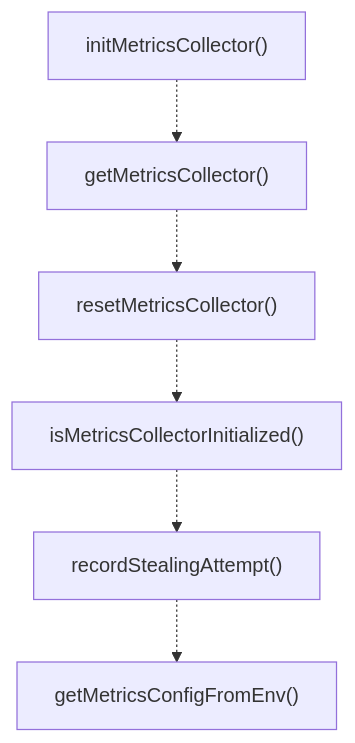
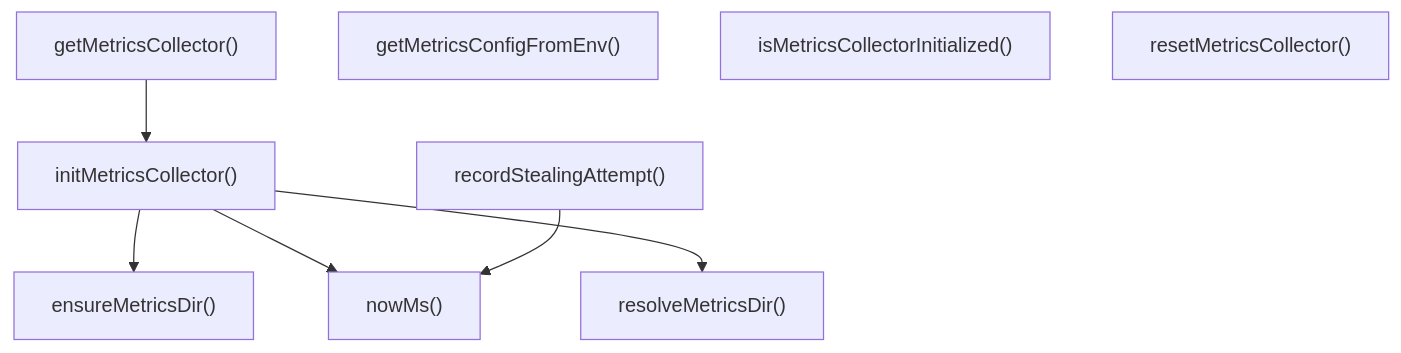
One commit to Mekann2904/mekann changed the second of 3 diagrams in ABDD/.pi/lib/metrics-collector.md. Above: the diagram before and after it, drawn with Mermaid. The commit also changed other lines of this file and 277 other files, not shown here.

````diff
--- a/ABDD/.pi/lib/metrics-collector.md
+++ b/ABDD/.pi/lib/metrics-collector.md
@@ -120,14 +120,17 @@
 ```mermaid
 flowchart TD
+  ensureMetricsDir["ensureMetricsDir()"]
+  getMetricsCollector["getMetricsCollector()"]
+  getMetricsConfigFromEnv["getMetricsConfigFromEnv()"]
   initMetricsCollector["initMetricsCollector()"]
-  getMetricsCollector["getMetricsCollector()"]
+  isMetricsCollectorInitialized["isMetricsCollectorInitialized()"]
+  nowMs["nowMs()"]
+  recordStealingAttempt["recordStealingAttempt()"]
   resetMetricsCollector["resetMetricsCollector()"]
-  isMetricsCollectorInitialized["isMetricsCollectorInitialized()"]
-  recordStealingAttempt["recordStealingAttempt()"]
-  getMetricsConfigFromEnv["getMetricsConfigFromEnv()"]
-  initMetricsCollector -.-> getMetricsCollector
-  getMetricsCollector -.-> resetMetricsCollector
-  resetMetricsCollector -.-> isMetricsCollectorInitialized
-  isMetricsCollectorInitialized -.-> recordStealingAttempt
-  recordStealingAttempt -.-> getMetricsConfigFromEnv
+  resolveMetricsDir["resolveMetricsDir()"]
+  getMetricsCollector --> initMetricsCollector
+  initMetricsCollector --> ensureMetricsDir
+  initMetricsCollector --> nowMs
+  initMetricsCollector --> resolveMetricsDir
+  recordStealingAttempt --> nowMs
 ```
````
